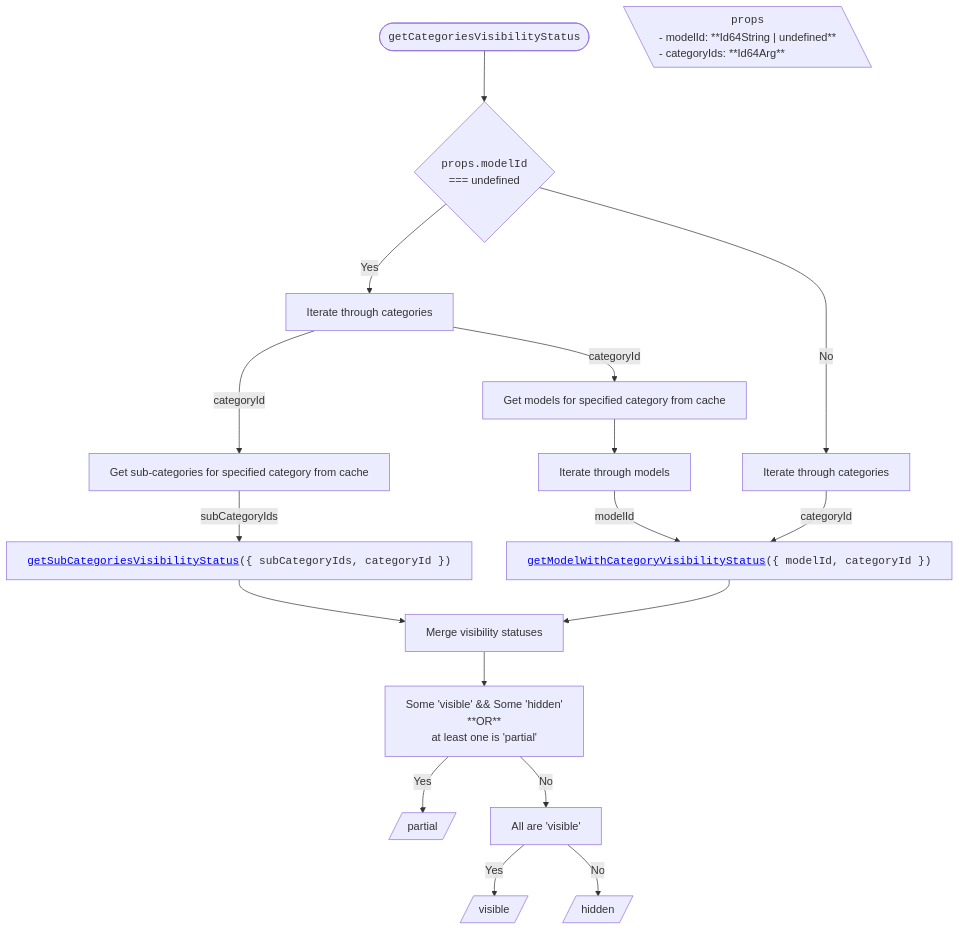
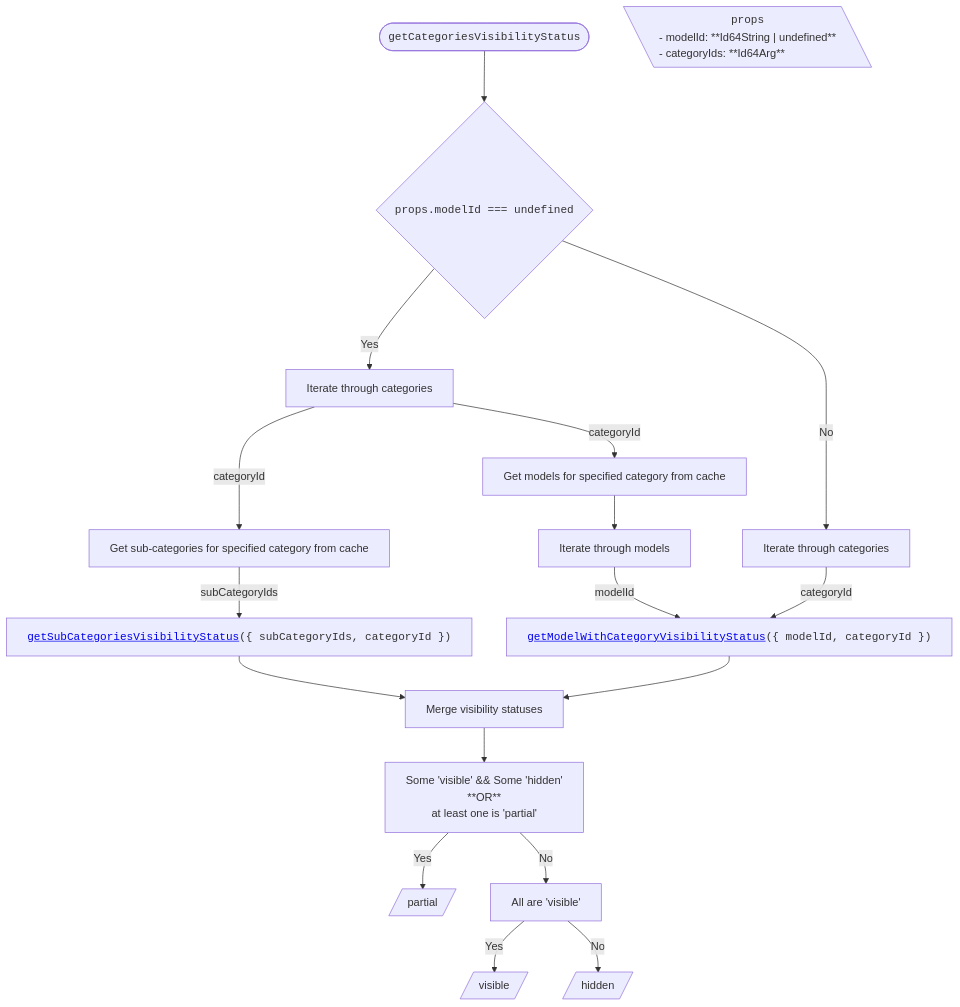
The third of 6 diagrams in packages/itwin/tree-widget/docs/SharedVisibilityHandling.md (iTwin/viewer-components-react), drawn with Mermaid before and after one commit.

````diff
--- a/packages/itwin/tree-widget/docs/SharedVisibilityHandling.md
+++ b/packages/itwin/tree-widget/docs/SharedVisibilityHandling.md
@@ -132,49 +132,49 @@
 ```mermaid
 ---
 config:
   flowchart:
     wrappingWidth: 750
     useMaxWidth: false
 ---
 
 flowchart TD
   RESULT_Partial[/partial/]
   RESULT_Visible[/visible/]
   RESULT_Hidden[/hidden/]
 
   %% Start
-  TITLE(["<code>getCategoriesVisibilityStatus</code>"]) --> A{<code>props.modelId</code> <br/>=== undefined}
+  TITLE(["<code>getCategoriesVisibilityStatus</code>"]) --> A{<code>props.modelId === undefined</code>}
 
   PROPS[\"
     <code>props</code>
     <div style='text-align: left;'>- modelId: **Id64String | undefined** <br/> - categoryIds: **Id64Arg**</div>
   "\]
 
   %% Branch Yes
   A -- Yes --> B[Iterate through categories]
   B -- categoryId --> C1[Get sub-categories for specified category from cache]
   B -- categoryId --> C2[Get models for specified category from cache]
 
   C1 -- subCategoryIds --> D1["<code><a href='#getsubcategoriesvisibilitystatus'>getSubCategoriesVisibilityStatus</a>({ subCategoryIds, categoryId })</code>"]
 
   C2 --> D2[Iterate through models]
   D2 -- modelId --> F["<code><a href='#getmodelwithcategoryvisibilitystatus'>getModelWithCategoryVisibilityStatus</a>({ modelId, categoryId })</code>"]
 
   %% Branch No
   A -- No --> B2[Iterate through categories]
   B2 -- categoryId --> F
 
   %% Merge
   D1 --> M[Merge visibility statuses]
   F --> M
 
   M --> N[Some 'visible' && Some 'hidden' <br/> **OR** <br/> at least one is 'partial']
 
   %% Results
   N -- Yes --> RESULT_Partial
 
   N -- No --> O[All are 'visible']
 
   O -- Yes --> RESULT_Visible
   O -- No --> RESULT_Hidden
 ```
````
